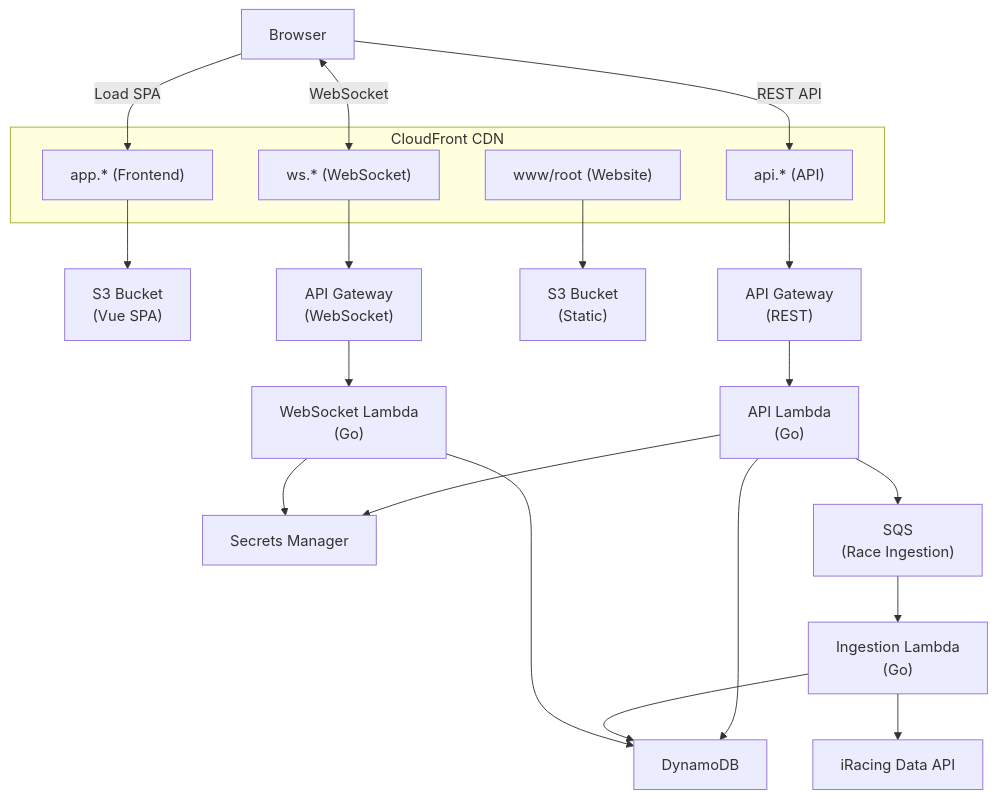
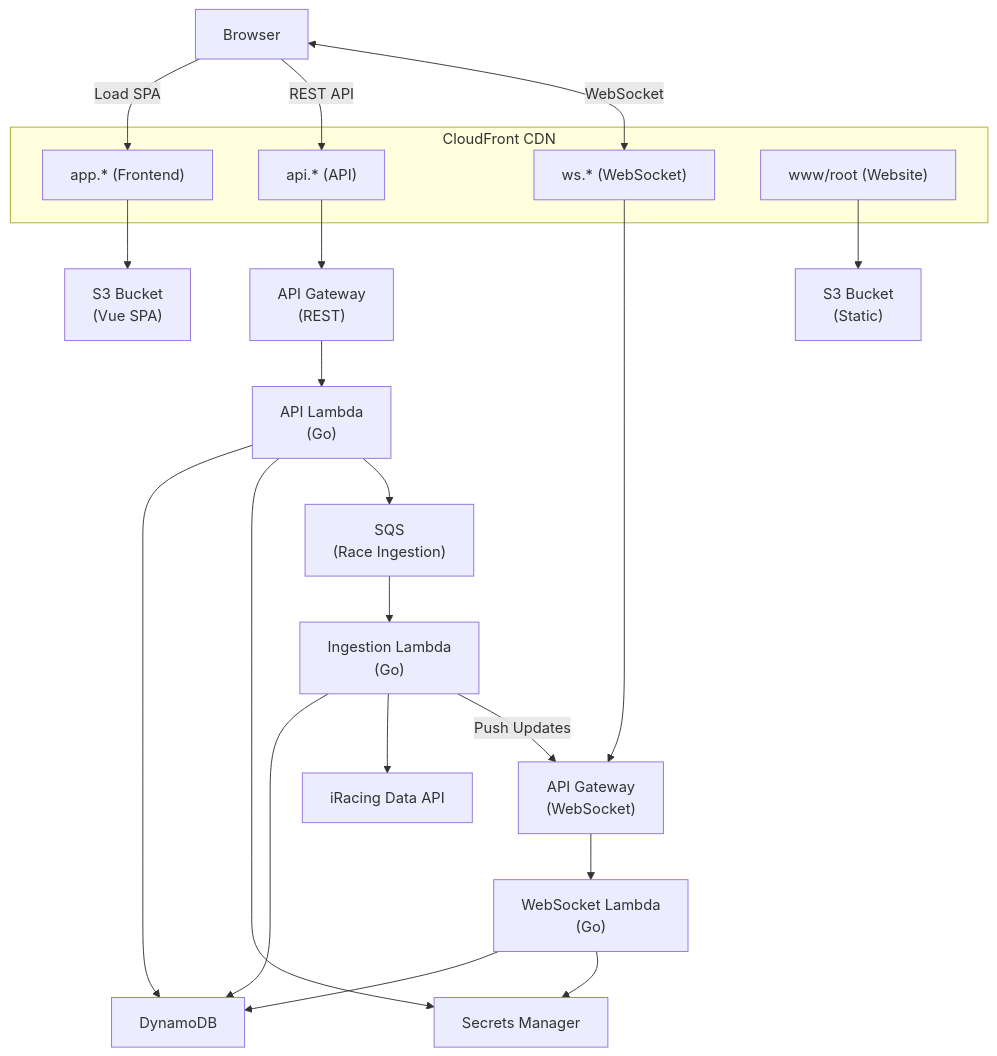
The diagram in README.md (jonsabados/saturdaysspinout), drawn with Mermaid before and after one commit. The commit also changed other lines of this file and 26 other files, not shown here.

````diff
--- a/README.md
+++ b/README.md
@@ -21,33 +21,34 @@
 ```mermaid
 flowchart TB
     Browser["Browser"]
 
     Browser -->|"Load SPA"| CF1
     Browser -->|"REST API"| CF2
     Browser <-->|"WebSocket"| CF4
 
     subgraph CloudFront["CloudFront CDN"]
         CF1["app.* (Frontend)"]
         CF2["api.* (API)"]
         CF3["www/root (Website)"]
         CF4["ws.* (WebSocket)"]
     end
 
     CF1 --> S3_SPA["S3 Bucket<br/>(Vue SPA)"]
     CF2 --> APIGW["API Gateway<br/>(REST)"]
     CF3 --> S3_Static["S3 Bucket<br/>(Static)"]
     CF4 --> WS_APIGW
 
     APIGW --> Lambda["API Lambda<br/>(Go)"]
     Lambda --> DynamoDB["DynamoDB"]
     Lambda --> SecretsManager["Secrets Manager"]
     Lambda --> SQS["SQS<br/>(Race Ingestion)"]
 
     SQS --> IngestionLambda["Ingestion Lambda<br/>(Go)"]
     IngestionLambda --> DynamoDB
     IngestionLambda --> iRacingAPI["iRacing Data API"]
+    IngestionLambda -->|"Push Updates"| WS_APIGW
 
     WS_APIGW["API Gateway<br/>(WebSocket)"] --> WS_Lambda["WebSocket Lambda<br/>(Go)"]
     WS_Lambda --> DynamoDB
     WS_Lambda --> SecretsManager
 ```
````
